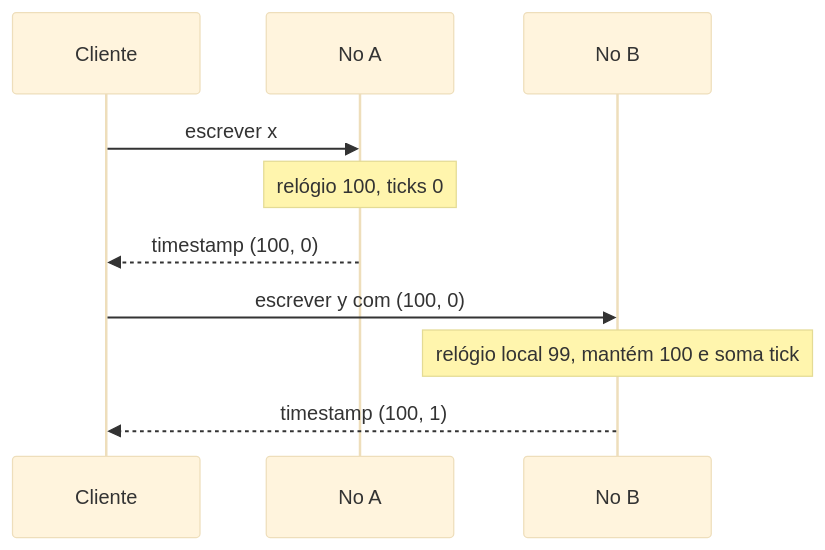
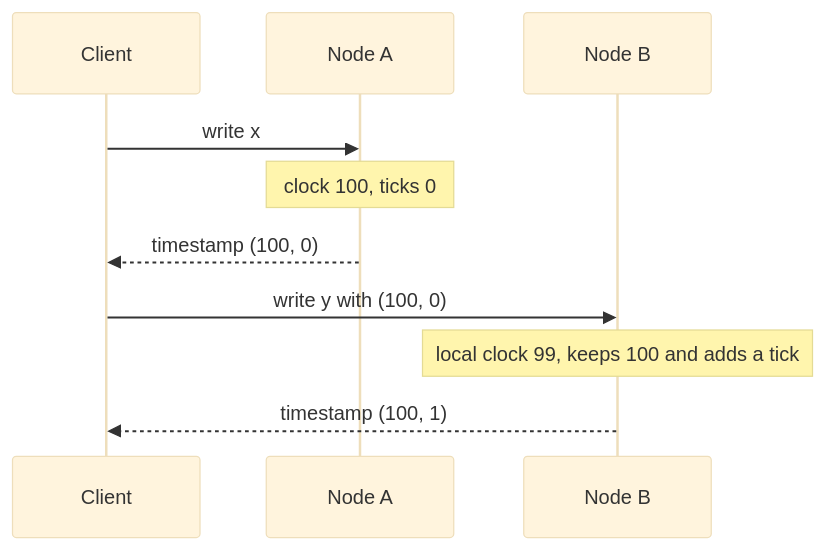
One commit to alancesar/design-patterns changed the diagram in docs/architecture/distributed-systems/distributed-time/hybrid-clock.md. Above: the diagram before and after it, drawn with Mermaid (base theme). The commit also changed 258 other files, not shown here.

First line of the commit message:
Translate Mermaid diagrams to English

````diff
--- a/docs/architecture/distributed-systems/distributed-time/hybrid-clock.md
+++ b/docs/architecture/distributed-systems/distributed-time/hybrid-clock.md
@@ -54,12 +54,12 @@
 ```mermaid
 sequenceDiagram
-    participant C as Cliente
-    participant A as No A
-    participant B as No B
-    C->>A: escrever x
-    Note over A: relógio 100, ticks 0
+    participant C as Client
+    participant A as Node A
+    participant B as Node B
+    C->>A: write x
+    Note over A: clock 100, ticks 0
     A-->>C: timestamp (100, 0)
-    C->>B: escrever y com (100, 0)
-    Note over B: relógio local 99, mantém 100 e soma tick
+    C->>B: write y with (100, 0)
+    Note over B: local clock 99, keeps 100 and adds a tick
     B-->>C: timestamp (100, 1)
 ```
````
